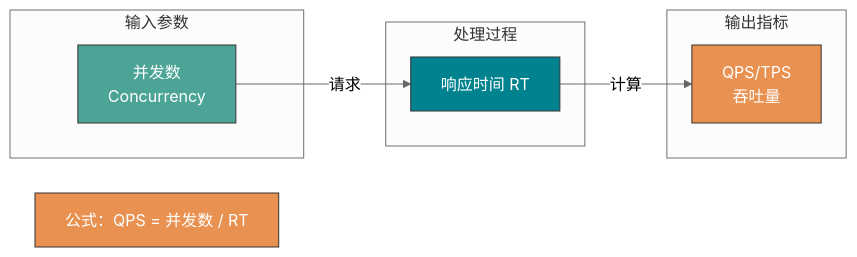
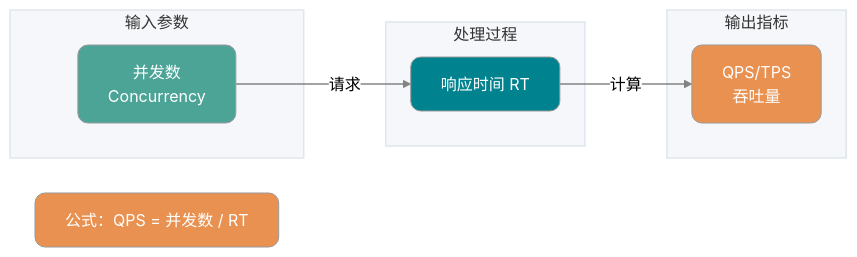
Before and after one commit to Snailclimb/JavaGuide: the diagram in docs/high-availability/performance-test.md, drawn with Mermaid (neutral theme). The commit also changed 7 other files, not shown here.

Commit message:
docs：mermaid 配图样式优化

````diff
--- a/docs/high-availability/performance-test.md
+++ b/docs/high-availability/performance-test.md
@@ -72,27 +72,32 @@
 ```mermaid
 flowchart LR
     subgraph Input["输入参数"]
+        style Input fill:#F5F7FA,stroke:#E0E6ED,stroke-width:1.5px
         A["并发数<br/>Concurrency"]
     end
 
     subgraph Process["处理过程"]
+        style Process fill:#F5F7FA,stroke:#E0E6ED,stroke-width:1.5px
         B["响应时间 RT"]
     end
 
     subgraph Output["输出指标"]
+        style Output fill:#F5F7FA,stroke:#E0E6ED,stroke-width:1.5px
         C["QPS/TPS<br/>吞吐量"]
     end
 
     A -->|"请求"| B
     B -->|"计算"| C
 
     D["公式：QPS = 并发数 / RT"]
 
-    classDef core fill:#4CA497,stroke:#333,color:#fff
-    classDef decision fill:#00838F,stroke:#333,color:#fff
-    classDef highlight fill:#E99151,stroke:#333,color:#fff
+    classDef core fill:#4CA497,color:#fff,rx:10,ry:10
+    classDef decision fill:#00838F,color:#fff,rx:10,ry:10
+    classDef highlight fill:#E99151,color:#fff,rx:10,ry:10
 
     class A core
     class B decision
     class C,D highlight
+
+    linkStyle default stroke-width:1.5px,opacity:0.8
 ```
````
